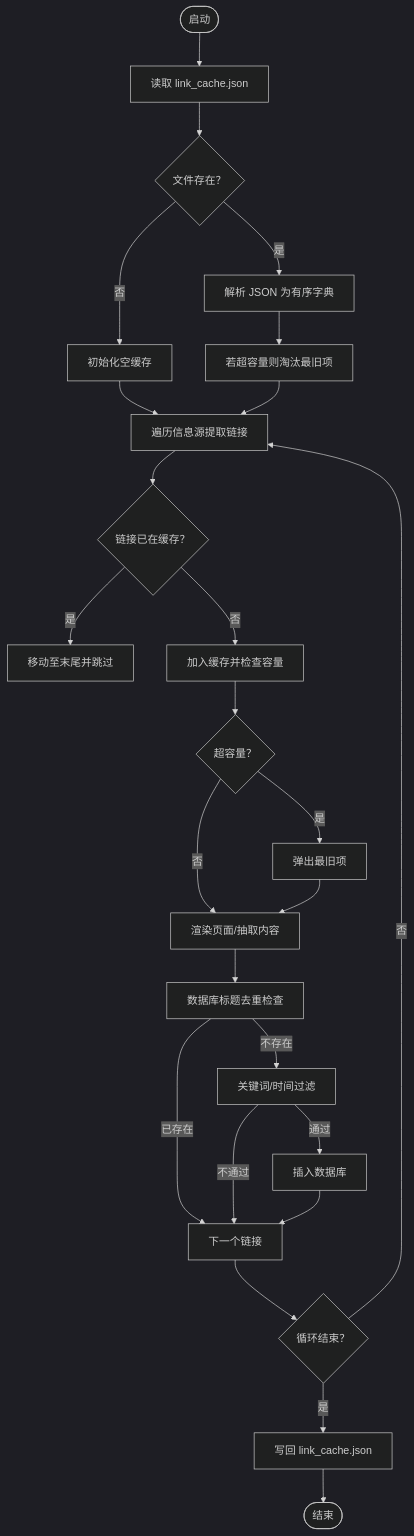
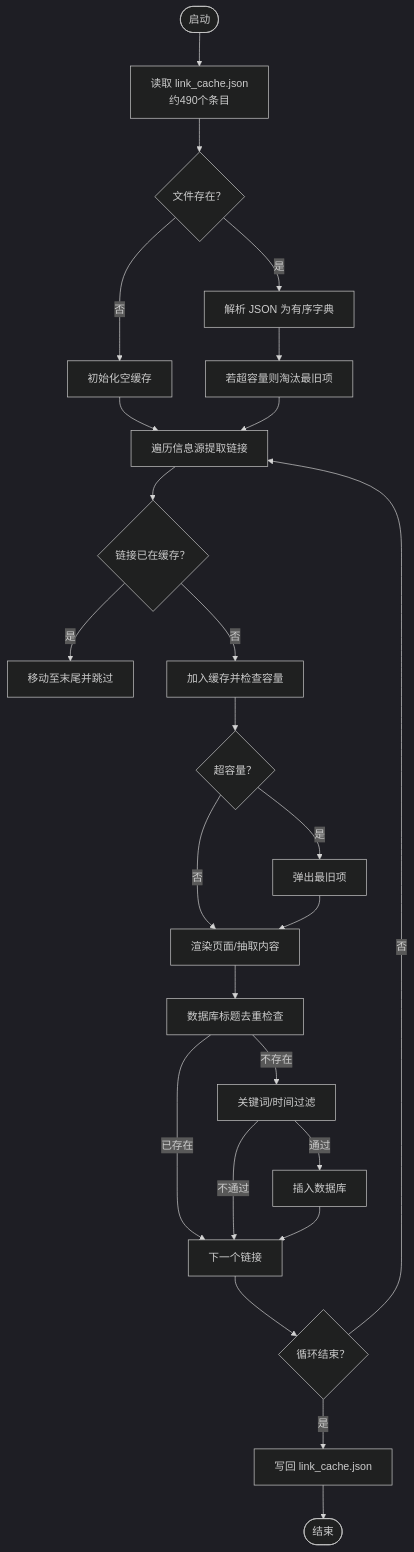
The fourth of 4 diagrams in .qoder/repowiki/zh/content/工具脚本说明/链接缓存管理.md (dengwanqian/news-exacter), drawn with Mermaid (dark theme) before and after one commit. The commit also changed other lines of this file and 8 other files, not shown here.

````diff
--- a/.qoder/repowiki/zh/content/工具脚本说明/链接缓存管理.md
+++ b/.qoder/repowiki/zh/content/工具脚本说明/链接缓存管理.md
@@ -324,27 +328,27 @@
 ```mermaid
 flowchart TD
-Start(["启动"]) --> Load["读取 link_cache.json"]
+Start(["启动"]) --> Load["读取 link_cache.json<br/>约490个条目"]
 Load --> Exists{"文件存在？"}
 Exists --> |否| Init["初始化空缓存"]
 Exists --> |是| Parse["解析 JSON 为有序字典"]
 Parse --> Trim["若超容量则淘汰最旧项"]
 Init --> Loop["遍历信息源提取链接"]
 Trim --> Loop
 Loop --> Check{"链接已在缓存？"}
 Check --> |是| Touch["移动至末尾并跳过"]
 Check --> |否| Add["加入缓存并检查容量"]
 Add --> Cap{"超容量？"}
 Cap --> |是| Pop["弹出最旧项"]
 Cap --> |否| Fetch["渲染页面/抽取内容"]
 Pop --> Fetch
 Fetch --> Dedup["数据库标题去重检查"]
 Dedup --> |已存在| Next["下一个链接"]
 Dedup --> |不存在| Filter["关键词/时间过滤"]
 Filter --> |不通过| Next
 Filter --> |通过| Insert["插入数据库"]
 Insert --> Next
 Next --> Done{"循环结束？"}
 Done --> |否| Loop
 Done --> |是| Save["写回 link_cache.json"]
 Save --> End(["结束"])
 ```
````
